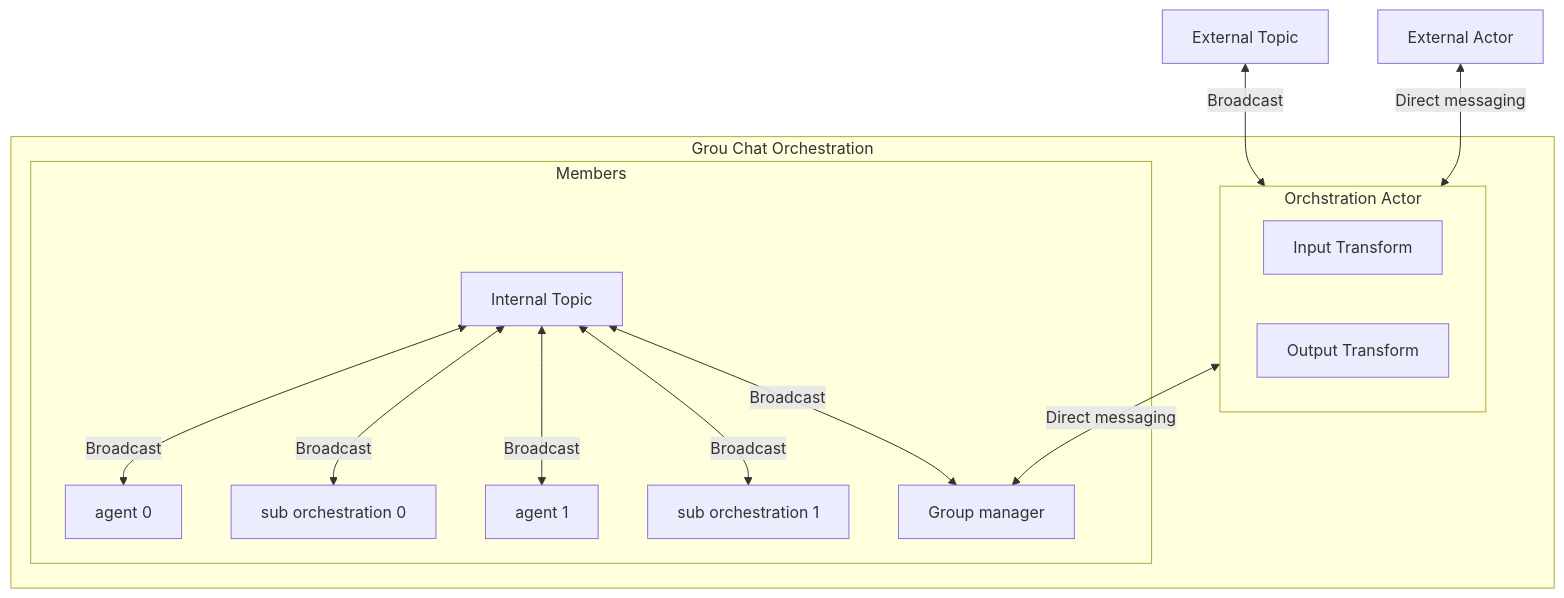
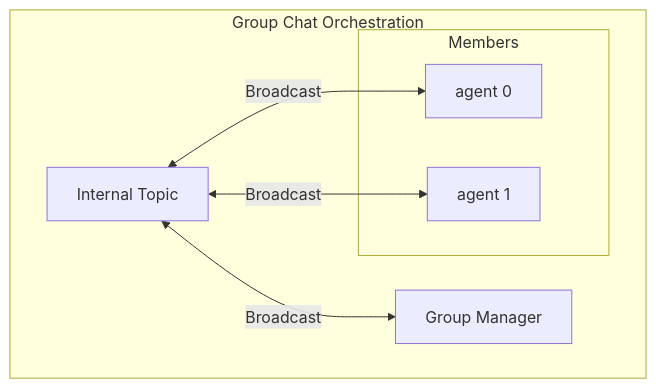
One commit to microsoft/semantic-kernel changed the fifth of 5 diagrams in docs/decisions/00xx-multi-agent-orchestration.md. Above: the diagram before and after it, drawn with Mermaid. The commit also changed other lines of this file, not shown here.

````diff
--- a/docs/decisions/00xx-multi-agent-orchestration.md
+++ b/docs/decisions/00xx-multi-agent-orchestration.md
@@ -715,34 +558,20 @@
 ```mermaid
 graph TD
-  %% External
-  EXT_Topic[External Topic]
-  EXT_Actor[External Actor]
 
   %% Outer Block
-  subgraph Grou Chat Orchestration
-    subgraph OA[Orchstration Actor]
-      InputTransform[Input Transform]
-      OutputTransform[Output Transform]
-    end
+  subgraph Group Chat Orchestration
 
     subgraph Members[Members]
       AG0[agent 0]
-      SO0[sub orchestration 0]
       AG1[agent 1]
-      SO1[sub orchestration 1]
-      GM[Group manager]
-      IT[Internal Topic]
     end
+
+    IT[Internal Topic]
+    GM[Group Manager]
   end
 
   %% Connections
-  EXT_Topic <--> |Broadcast| OA
-  EXT_Actor <--> |Direct messaging| OA
-  OA <--> |Direct messaging| GM
-
   IT <--> |Broadcast| AG0
   IT <--> |Broadcast| AG1
-  IT <--> |Broadcast| SO0
-  IT <--> |Broadcast| SO1
   IT <--> |Broadcast| GM
 ```
````
